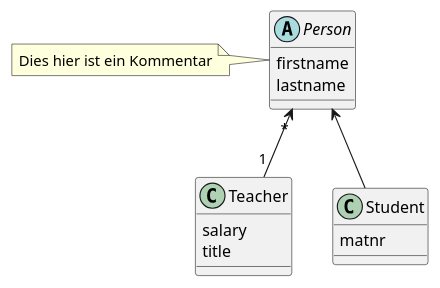
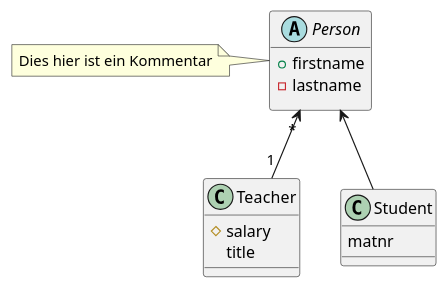
The diagram in UML/Klassendiagramm.puml (ScharrerRaphael/directory5), drawn with PlantUML before and after one commit. The commit also changed 1 other file, not shown here.

```diff
--- a/UML/Klassendiagramm.puml
+++ b/UML/Klassendiagramm.puml
@@ -1,18 +1,20 @@
 @startuml
 abstract class Person {
-firstname
-lastname
++firstname
+-lastname
+||
+'Kommentar im Code'
 }
 class Teacher {
-salary
+#salary
 title
 }
 class Student {
 matnr
 }
 
 note "Dies hier ist ein Kommentar" as firstComment
 firstComment.Person
 Person "*" <-- "1" Teacher
 Person <-- Student
 @enduml
```
